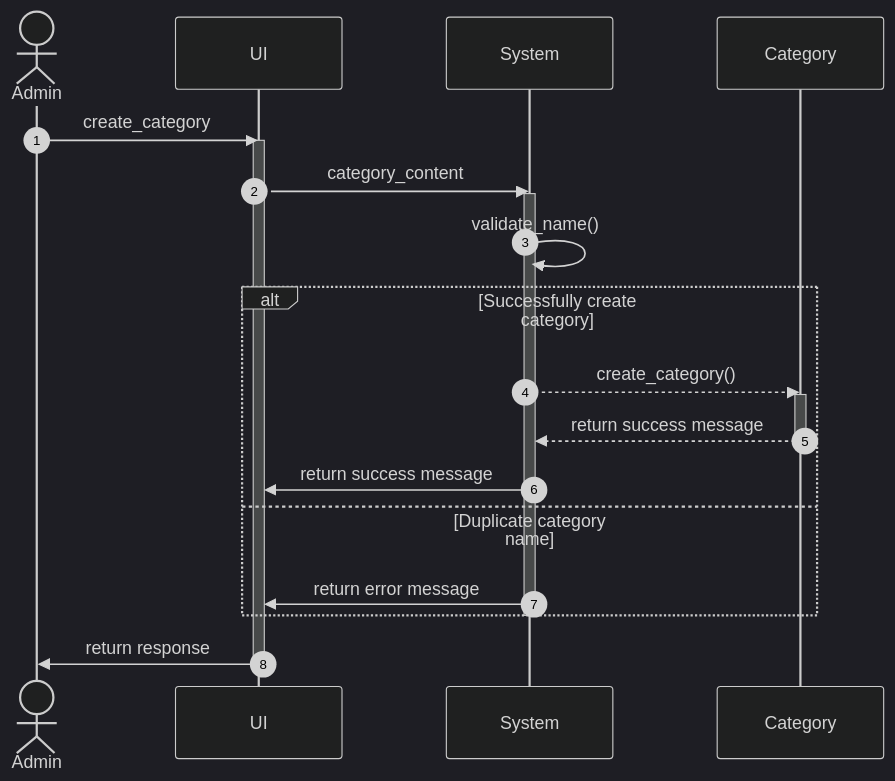
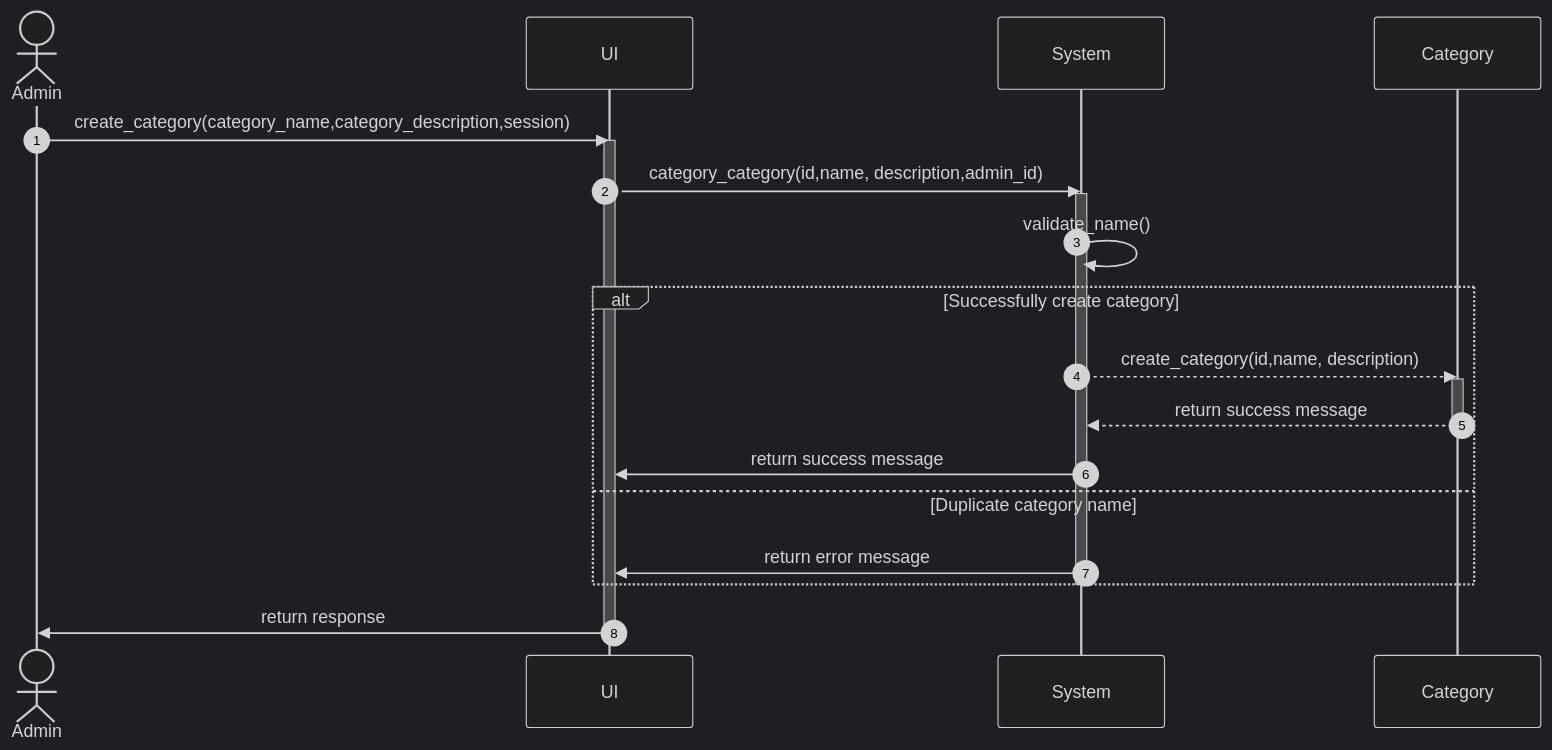
The diagram in diagram/sequence/create_category.md (Bokutosimp/CE_OOP_PROJECT), drawn with Mermaid before and after one commit. The commit also changed 12 other files, not shown here.

Commit message:
remove unneccessary comment and add sq diagram

````diff
--- a/diagram/sequence/create_category.md
+++ b/diagram/sequence/create_category.md
@@ -1,34 +1,34 @@
 ```mermaid
 ---
 config:
   theme: dark
   look: classic
 ---
 
 sequenceDiagram
 autonumber
 
     actor Admin
     participant UI
     participant System
     participant Category
 
-    Admin ->> UI: create_category
+    Admin ->> UI: create_category(category_name,category_description,session)
     activate UI
-    UI ->> System: category_content
+    UI ->> System: category_category(id,name, description,admin_id)
     activate System
 
     System ->> System: validate_name()
     alt Successfully create category
-        System -->> Category: create_category()
+        System -->> Category: create_category(id,name, description)
         activate Category
         Category -->> System: return success message
         deactivate Category
         System ->> UI: return success message
     else Duplicate category name
         System ->> UI: return error message
     end
     deactivate System
     UI ->> Admin : return response
     deactivate UI
 ```
````
